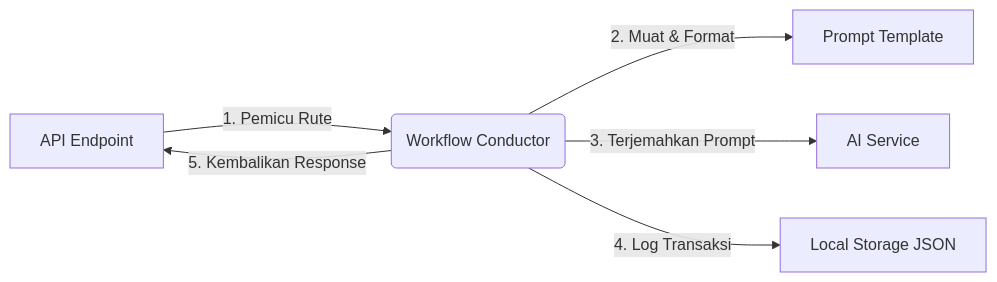
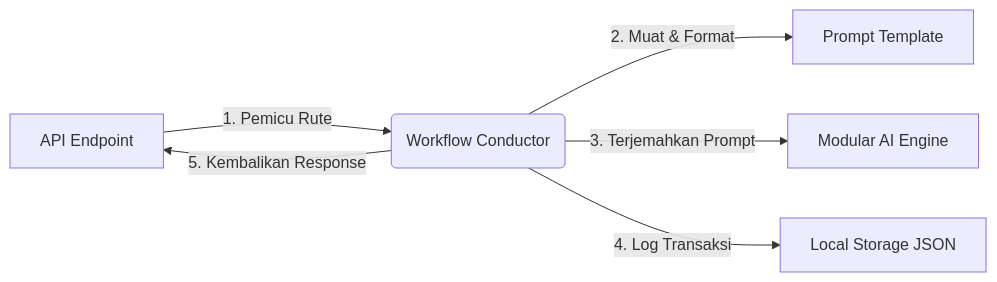
The diagram in README.md (sohibwong102-pixel/API_Integration), drawn with Mermaid before and after one commit. The commit also changed other lines of this file and 14 other files, not shown here.

````diff
--- a/README.md
+++ b/README.md
@@ -11,8 +100,8 @@
 ```mermaid
 graph LR
     A[API Endpoint] -->|1. Pemicu Rute| B(Workflow Conductor)
     B -->|2. Muat & Format| C[Prompt Template]
-    B -->|3. Terjemahkan Prompt| D[AI Service]
+    B -->|3. Terjemahkan Prompt| D[Modular AI Engine]
     B -->|4. Log Transaksi| E[Local Storage JSON]
     B -->|5. Kembalikan Response| A
 ```
````
